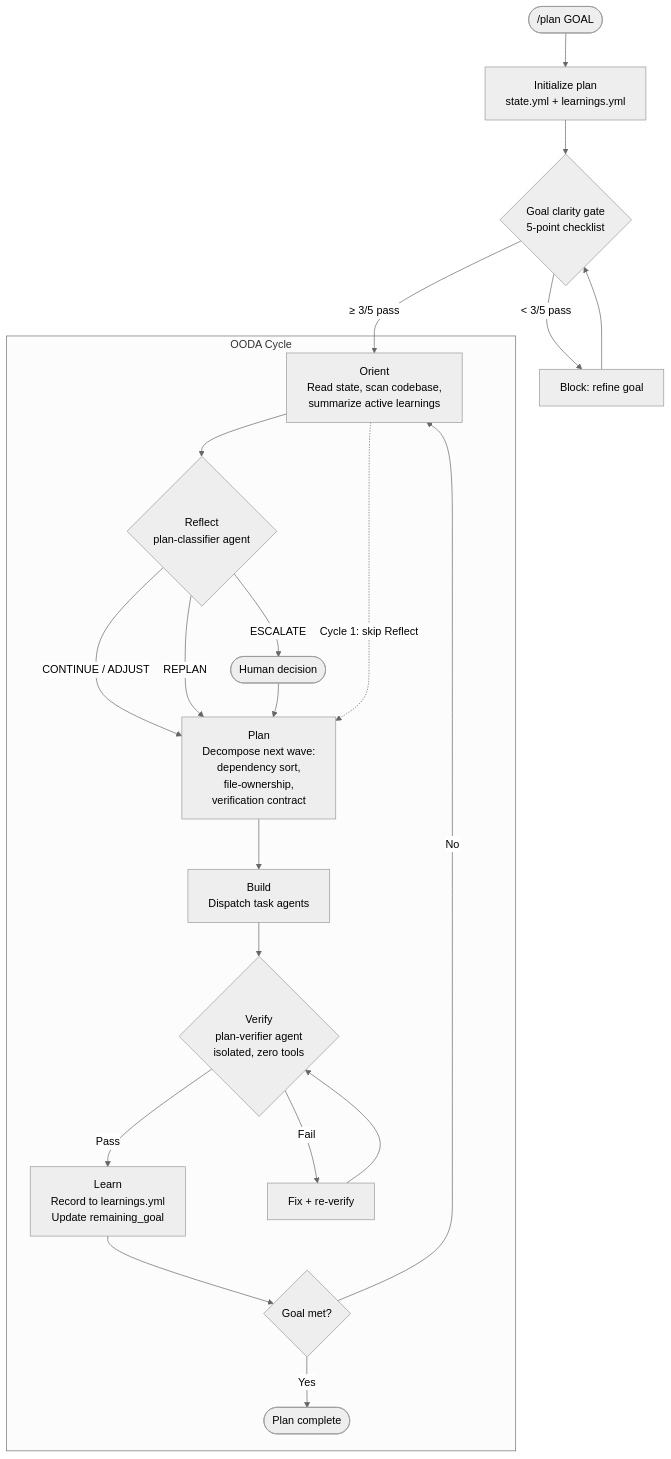
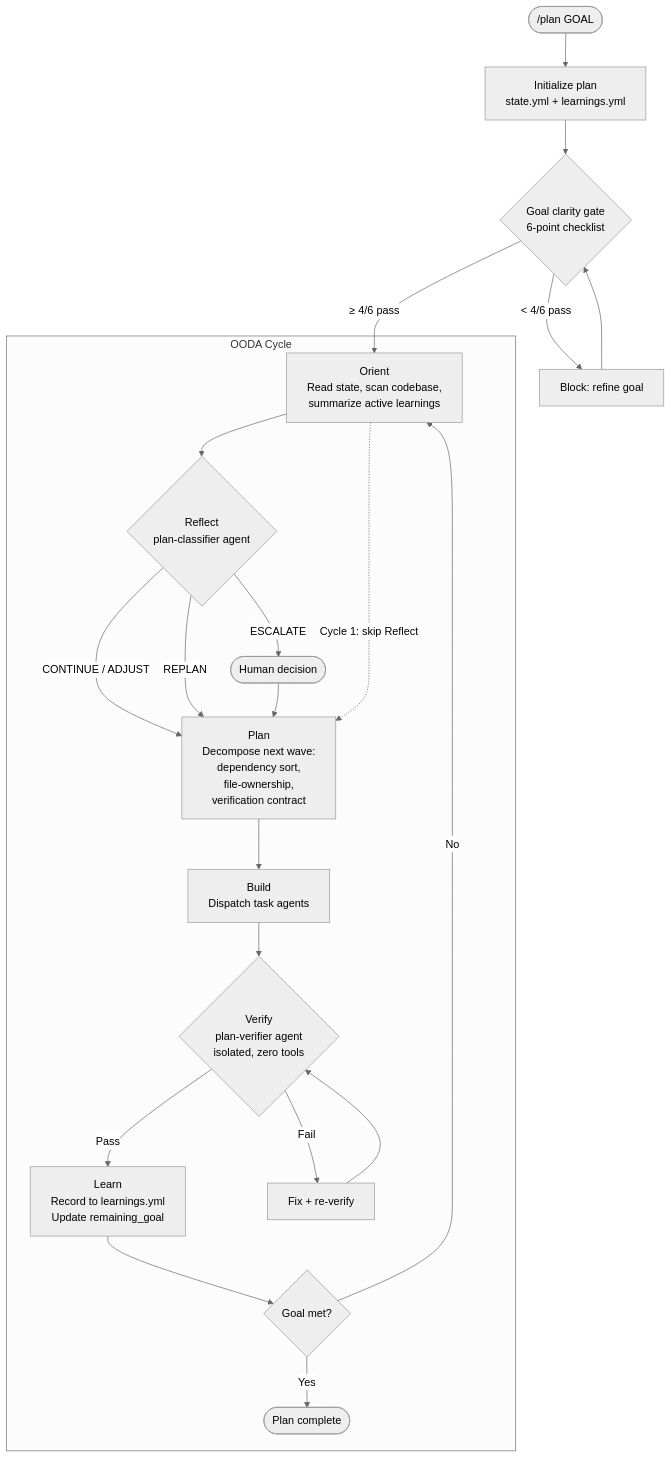
The diagram in site/content/blog/anatomy-of-a-plan.mdx (hjemmesidekongen/ai), drawn with Mermaid (neutral theme) before and after one commit. The commit also changed other lines of this file and 2 other files, not shown here.

````diff
--- a/site/content/blog/anatomy-of-a-plan.mdx
+++ b/site/content/blog/anatomy-of-a-plan.mdx
@@ -19,33 +19,33 @@
 ```mermaid
 flowchart TD
     START(["/plan GOAL"]) --> INIT[Initialize plan<br/>state.yml + learnings.yml]
-    INIT --> GATE{Goal clarity gate<br/>5-point checklist}
-    GATE -->|"< 3/5 pass"| BLOCK[Block: refine goal]
+    INIT --> GATE{Goal clarity gate<br/>6-point checklist}
+    GATE -->|"< 4/6 pass"| BLOCK[Block: refine goal]
     BLOCK --> GATE
-    GATE -->|"≥ 3/5 pass"| ORIENT
+    GATE -->|"≥ 4/6 pass"| ORIENT
 
     subgraph CYCLE ["OODA Cycle"]
         ORIENT[Orient<br/>Read state, scan codebase,<br/>summarize active learnings]
         REFLECT{Reflect<br/>plan-classifier agent}
         PLAN[Plan<br/>Decompose next wave:<br/>dependency sort,<br/>file-ownership,<br/>verification contract]
         BUILD[Build<br/>Dispatch task agents]
         VERIFY{Verify<br/>plan-verifier agent<br/>isolated, zero tools}
         LEARN[Learn<br/>Record to learnings.yml<br/>Update remaining_goal]
 
         ORIENT --> REFLECT
         REFLECT -->|CONTINUE / ADJUST| PLAN
         REFLECT -->|REPLAN| PLAN
         REFLECT -->|ESCALATE| HUMAN([Human decision])
         HUMAN --> PLAN
         PLAN --> BUILD
         BUILD --> VERIFY
         VERIFY -->|Pass| LEARN
         VERIFY -->|Fail| FIX[Fix + re-verify]
         FIX --> VERIFY
         LEARN --> CHECK{Goal met?}
         CHECK -->|No| ORIENT
         CHECK -->|Yes| DONE([Plan complete])
     end
 
     ORIENT -.->|"Cycle 1: skip Reflect"| PLAN
 ```
````
